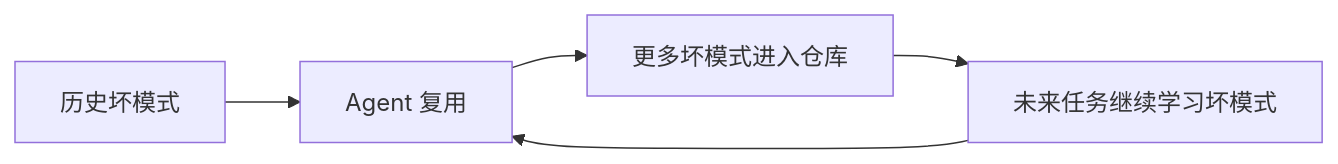
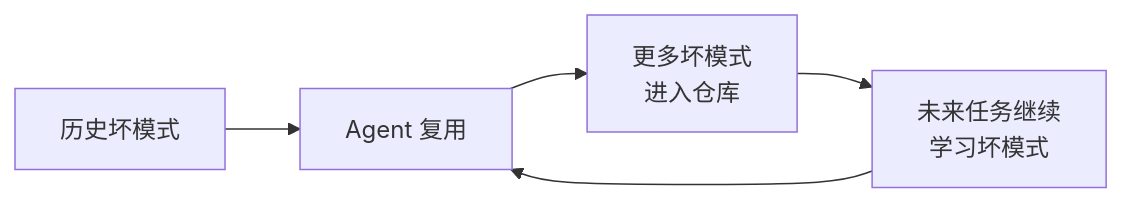
The sixth of 7 diagrams in zh/05-第三篇-Agent-First-软件工程.md (motedb/HarnessBook), drawn with Mermaid before and after one commit. The commit also changed other lines of this file and 21 other files, not shown here.

````diff
--- a/zh/05-第三篇-Agent-First-软件工程.md
+++ b/zh/05-第三篇-Agent-First-软件工程.md
@@ -243,7 +243,7 @@
 ```mermaid
 graph LR
     A["历史坏模式"] --> B["Agent 复用"]
-    B --> C["更多坏模式进入仓库"]
-    C --> D["未来任务继续学习坏模式"]
+    B --> C["更多坏模式<br>进入仓库"]
+    C --> D["未来任务继续<br>学习坏模式"]
     D --> B
 ```
````
